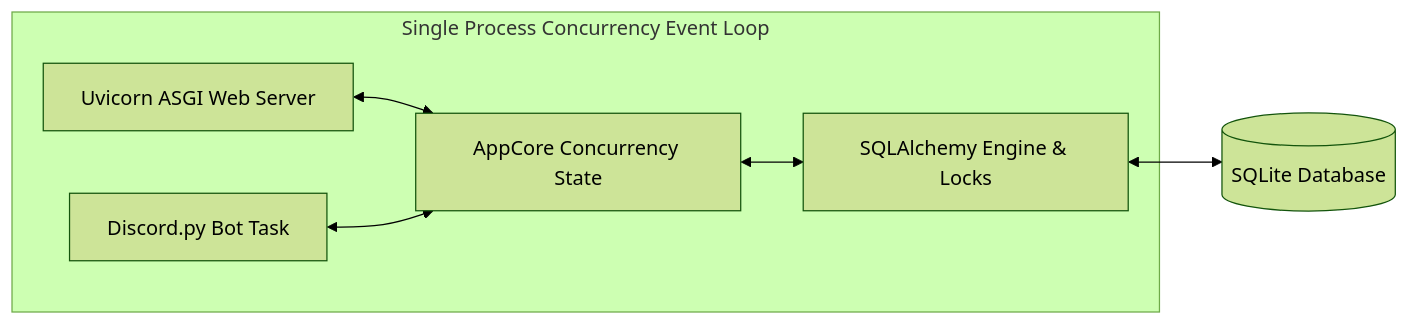
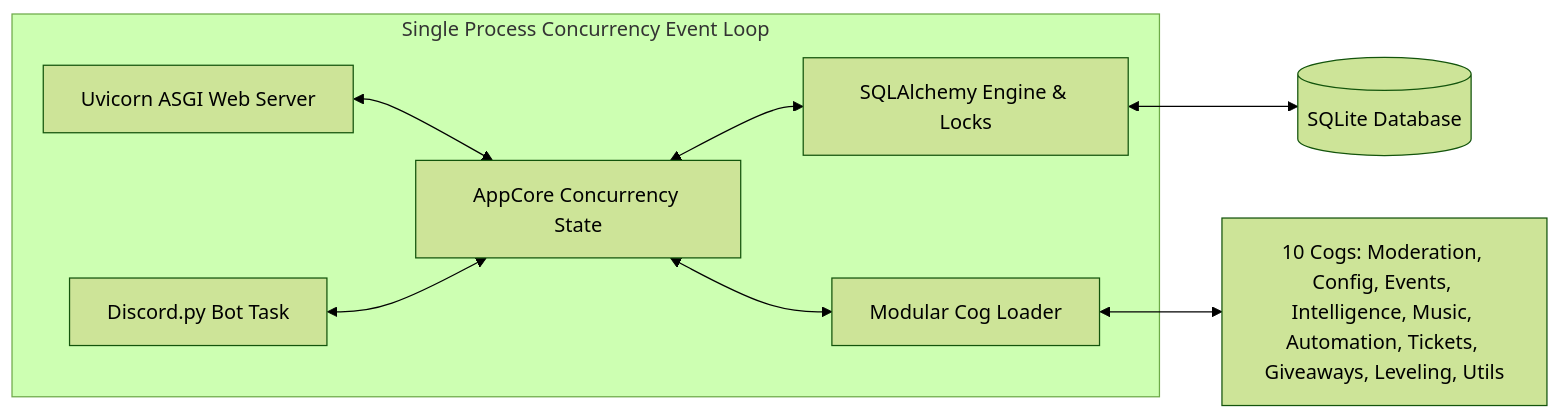
The third of 6 diagrams in README.md (Cyril-47/Aegis-Suite), drawn with Mermaid (forest theme) before and after one commit. The commit also changed other lines of this file, not shown here.

Commit message:
Update README: add Guardian Mode, automation engine, sentiment stability, modular cogs, observability, and FAQ

````diff
--- a/README.md
+++ b/README.md
@@ -68,9 +72,11 @@
 ```mermaid
 graph LR
     subgraph Single Process Concurrency Event Loop
         Uvicorn[Uvicorn ASGI Web Server] <--> SharedState[AppCore Concurrency State]
         DiscordClient[Discord.py Bot Task] <--> SharedState
         SharedState <--> SQLAlchemy[SQLAlchemy Engine & Locks]
+        SharedState <--> CogLoader[Modular Cog Loader]
     end
     SQLAlchemy <--> SQLite[(SQLite Database)]
+    CogLoader <--> Cogs[10 Cogs: Moderation, Config, Events, Intelligence, Music, Automation, Tickets, Giveaways, Leveling, Utils]
 ```
````
